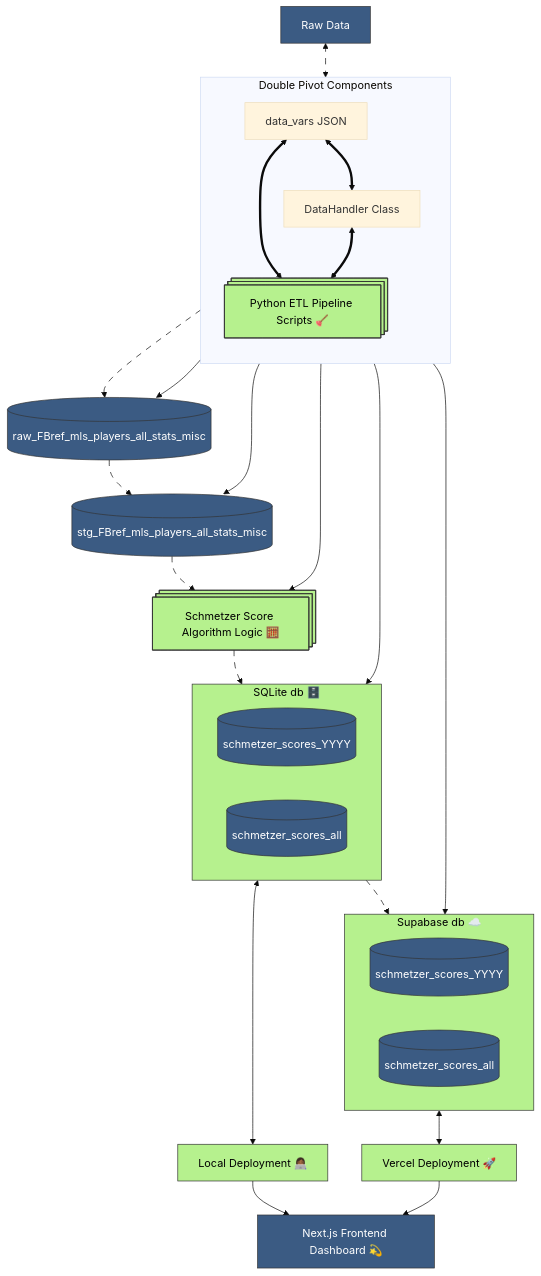
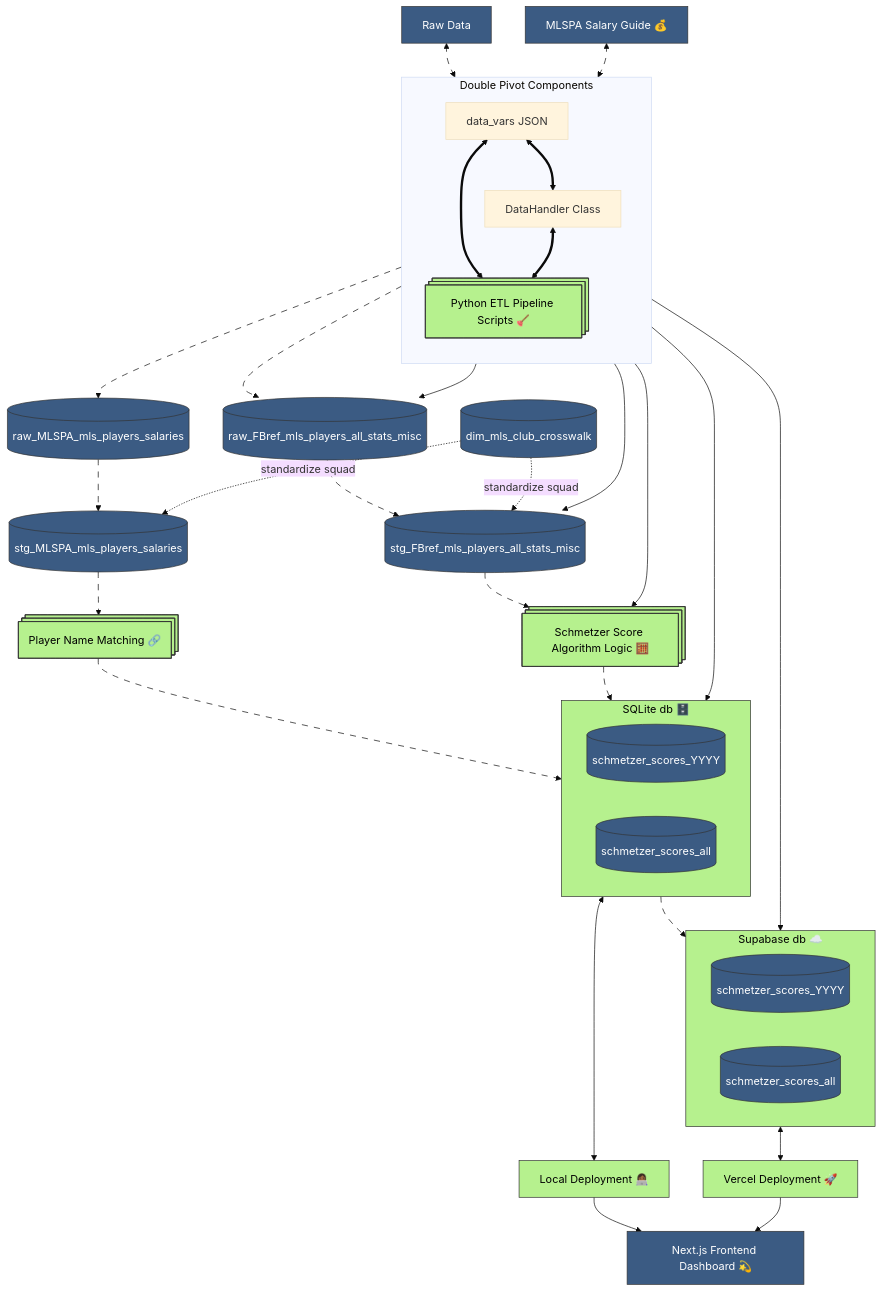
One commit to thenickedwards/duels_mapping changed the diagram in README.md. Above: the diagram before and after it, drawn with Mermaid (base theme). The commit also changed other lines of this file and 27 other files, not shown here.

````diff
--- a/README.md
+++ b/README.md
@@ -120,62 +135,75 @@
 ```mermaid
 flowchart TD
     %% Supporting pivots (vertical layout, side-by-side with main flow)
     subgraph PIVOTS [Double Pivot Components]
         direction TB
         DV[data_vars JSON]
         DH[DataHandler Class]
         PY[Python ETL Pipeline Scripts 🪠]
     end
 
 %% Main pipeline
     A[Raw Data] e1@<--> PY
     PY e2@--> C[(raw_FBref_mls_players_all_stats_misc)]
     C e3@--> D[(stg_FBref_mls_players_all_stats_misc)]
     D e4@--> ALGO[Schmetzer Score Algorithm Logic 🧮]
+
+    %% Salary pipeline
+    S[MLSPA Salary Guide 💰] e7@<--> PY
+    PY e8@--> SR[(raw_MLSPA_mls_players_salaries)]
+    SR e9@--> SS[(stg_MLSPA_mls_players_salaries)]
+    SS e10@--> MATCH[Player Name Matching 🔗]
+    MATCH e11@--> SQLITE
+
+    %% Shared crosswalk: both staging loads resolve club spellings through it
+    XWALK[(dim_mls_club_crosswalk)]
+    XWALK -.->|standardize squad| D
+    XWALK -.->|standardize squad| SS
 
     %% SQLite group
     subgraph SQLITE [SQLite db 🗄️]
         F[(schmetzer_scores_YYYY)]
         G[(schmetzer_scores_all)]
     end
 
     %% Supabase group
     subgraph SUPABASE [Supabase db ☁️]
         F2[(schmetzer_scores_YYYY)]
         G2[(schmetzer_scores_all)]
     end
 
     %% Frontend and deployment
     V[Vercel Deployment 🚀]
     L[Local Deployment 👩🏾‍💻]
     N[Next.js Frontend Dashboard 💫]
 
     %% DB integrations
     ALGO e5@--> SQLITE
     SQLITE <--> L
     SQLITE e6@--> SUPABASE
     SUPABASE <--> V
     L --> N
     V --> N
 
     %% Connections from pivots
     DV <==> DH
     DV <==> PY
     DH <==> PY
     DH --> C
     DH --> D
     DH --> ALGO
     DH --> SQLITE
     DH --> SUPABASE
 
     %% styling legend
     classDef dataNode fill:#3b5b83,stroke:#333,stroke-width:1px,color:#fff;
     classDef logicNode fill:#b6f18e,stroke:#333,stroke-width:1px,color:#000;
     classDef animate stroke-dasharray: 9,5,stroke-dashoffset: 900,animation: dash 25s linear infinite;
-    class e1,e2,e3,e4,e5,e6 animate
-    class A,C,D,F,G,F2,G2,N dataNode
-    class PY,ALGO,SQLITE,SUPABASE,V,L logicNode
+    class e1,e2,e3,e4,e5,e6,e7,e8,e9,e10,e11 animate
+    class A,C,D,F,G,F2,G2,N,S,SR,SS,XWALK dataNode
+    class PY,ALGO,SQLITE,SUPABASE,V,L,MATCH logicNode
     PY@{ shape: procs}
     ALGO@{ shape: procs}
+    MATCH@{ shape: procs}
 
 ```
````
